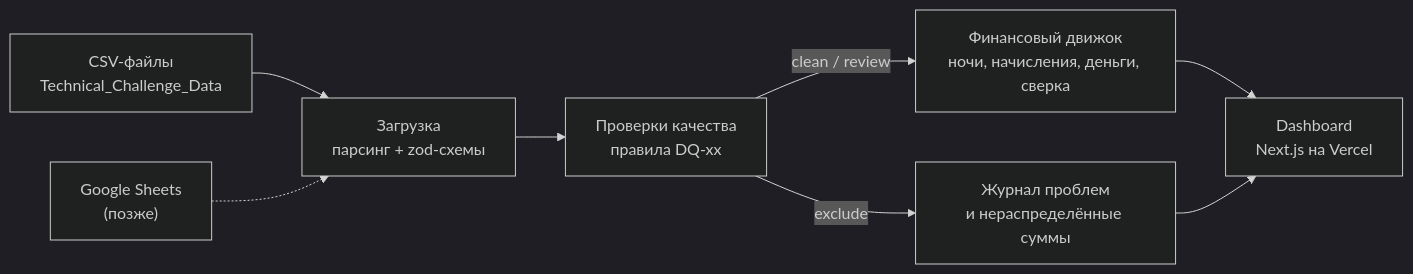
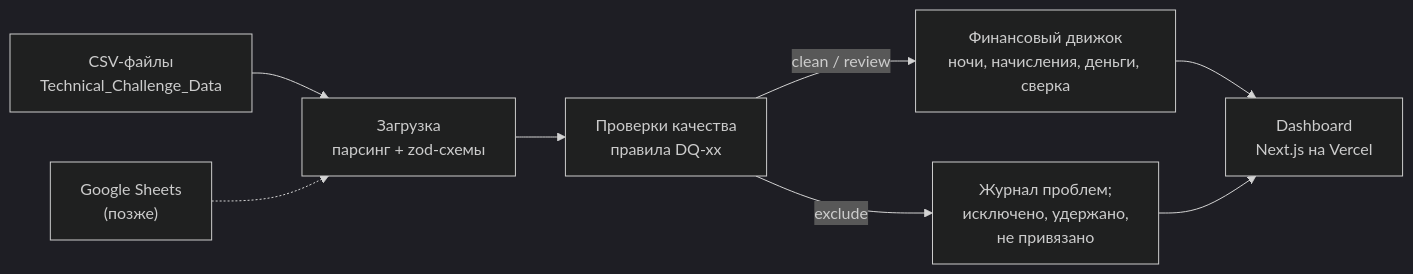
The first of 2 diagrams in docs/PLAN.md (ProjectINT/business-system), drawn with Mermaid (dark theme) before and after one commit. The commit also changed other lines of this file and 6 other files, not shown here.

````diff
--- a/docs/PLAN.md
+++ b/docs/PLAN.md
@@ -63,10 +65,10 @@
 ```mermaid
 flowchart LR
   CSV["CSV-файлы<br/>Technical_Challenge_Data"] --> ING["Загрузка<br/>парсинг + zod-схемы"]
   GS["Google Sheets<br/>(позже)"] -.-> ING
   ING --> DQ["Проверки качества<br/>правила DQ-xx"]
   DQ -->|"clean / review"| FIN["Финансовый движок<br/>ночи, начисления, деньги, сверка"]
-  DQ -->|"exclude"| LOG["Журнал проблем<br/>и нераспределённые суммы"]
+  DQ -->|"exclude"| LOG["Журнал проблем;<br/>исключено, удержано,<br/>не привязано"]
   FIN --> UI["Dashboard<br/>Next.js на Vercel"]
   LOG --> UI
 ```
````
